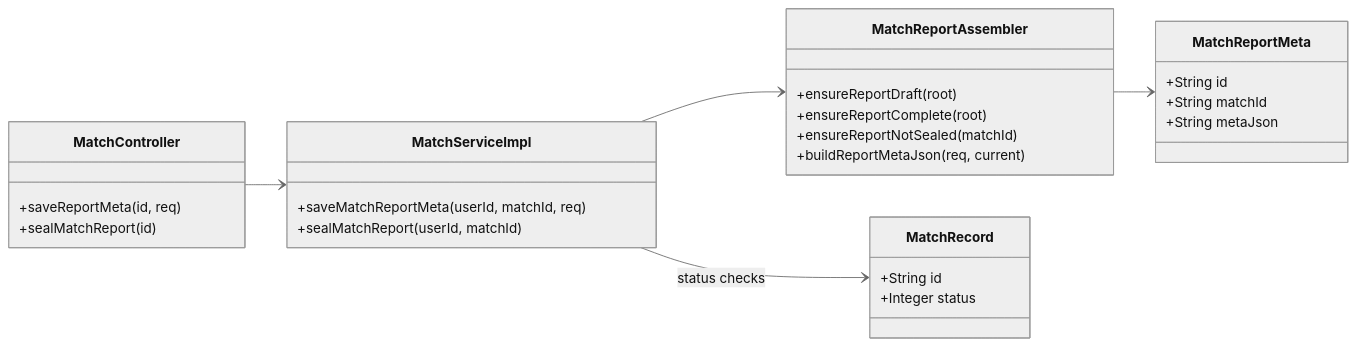
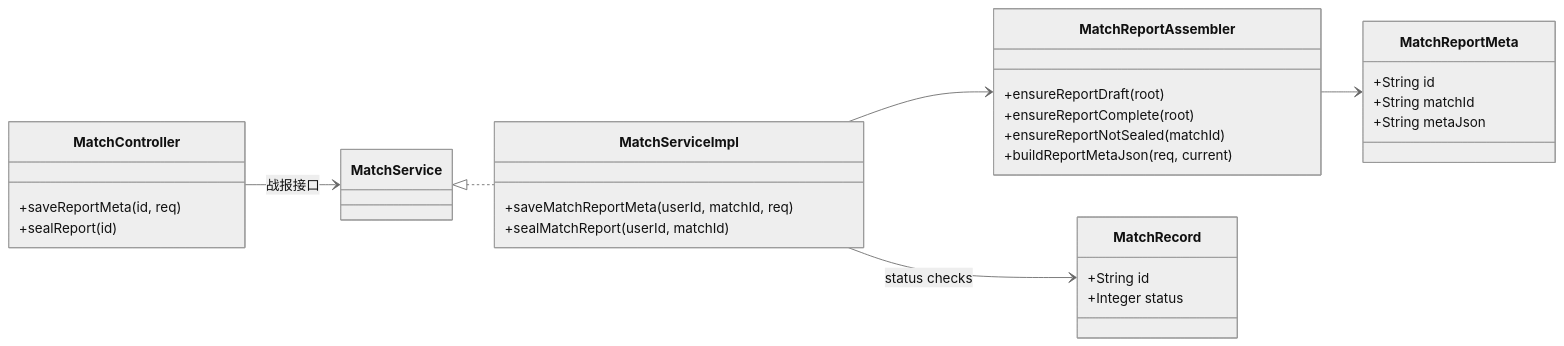
One commit to lijingyuu/Scoring changed the tenth of 10 diagrams in docs/类图.md. Above: the diagram before and after it, drawn with Mermaid (neutral theme). The commit also changed other lines of this file and 13 other files, not shown here.

First line of the commit message:
docs: 文档全量同步当前版本（限流/错误码/分段规则/撤销补偿/新类视图）

````diff
--- a/docs/类图.md
+++ b/docs/类图.md
@@ -799,37 +837,38 @@
 ```mermaid
 classDiagram
 direction LR
 
 class MatchController {
   +saveReportMeta(id, req)
-  +sealMatchReport(id)
+  +sealReport(id)
 }
 
 class MatchServiceImpl {
   +saveMatchReportMeta(userId, matchId, req)
   +sealMatchReport(userId, matchId)
 }
 
 class MatchReportAssembler {
   +ensureReportDraft(root)
   +ensureReportComplete(root)
   +ensureReportNotSealed(matchId)
   +buildReportMetaJson(req, current)
 }
 
 class MatchReportMeta {
   +String id
   +String matchId
   +String metaJson
 }
 
 class MatchRecord {
   +String id
   +Integer status
 }
 
-MatchController --> MatchServiceImpl
+MatchController --> MatchService : 战报接口
+MatchService <|.. MatchServiceImpl
 MatchServiceImpl --> MatchReportAssembler
 MatchReportAssembler --> MatchReportMeta
 MatchServiceImpl --> MatchRecord : status checks
 ```
````
